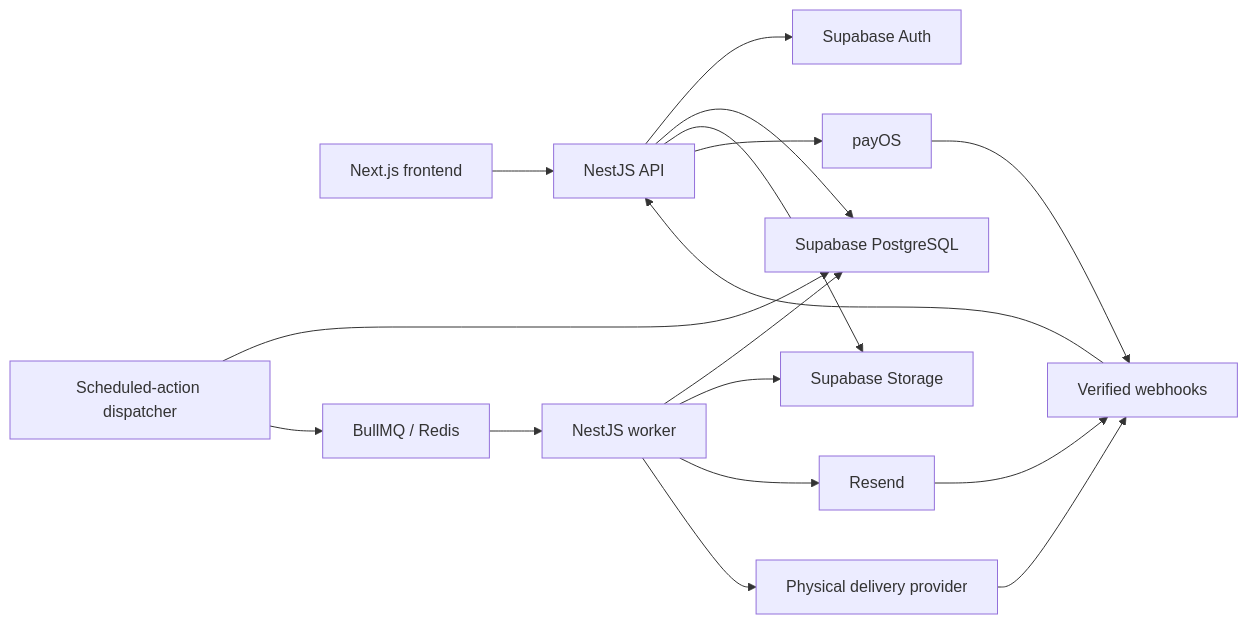
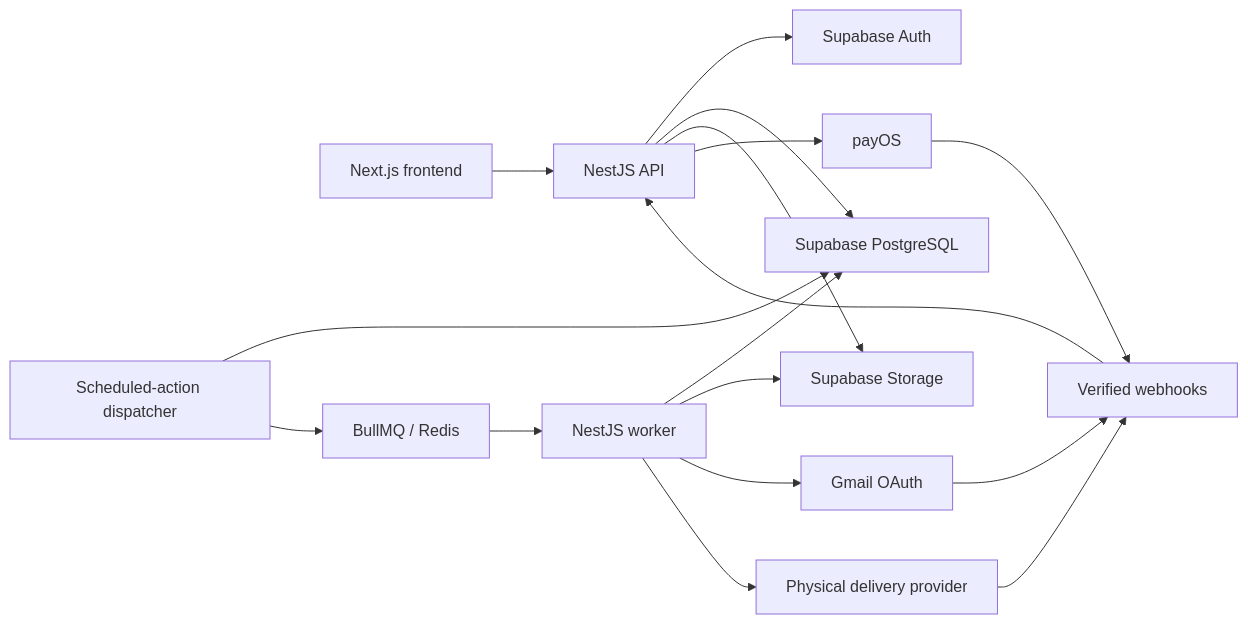
Before and after one commit to khoadanwneee/PostDrop: the diagram in backend/docs/backend-architecture.md, drawn with Mermaid. The commit also changed other lines of this file and 20 other files, not shown here.

Commit message:
feat(backend): send letter notifications through Gmail OAuth

````diff
--- a/backend/docs/backend-architecture.md
+++ b/backend/docs/backend-architecture.md
@@ -52,21 +52,21 @@
 ```mermaid
 flowchart LR
     FE["Next.js frontend"] --> API["NestJS API"]
     API --> AUTH["Supabase Auth"]
     API --> DB["Supabase PostgreSQL"]
     API --> STORAGE["Supabase Storage"]
     API --> PAYMENT["payOS"]
 
     DISPATCHER["Scheduled-action dispatcher"] --> DB
     DISPATCHER --> QUEUE["BullMQ / Redis"]
     QUEUE --> WORKER["NestJS worker"]
     WORKER --> DB
     WORKER --> STORAGE
-    WORKER --> EMAIL["Resend"]
+    WORKER --> EMAIL["Gmail OAuth"]
     WORKER --> CARRIER["Physical delivery provider"]
 
     PAYMENT --> WEBHOOKS["Verified webhooks"]
     EMAIL --> WEBHOOKS
     CARRIER --> WEBHOOKS
     WEBHOOKS --> API
 ```
````
